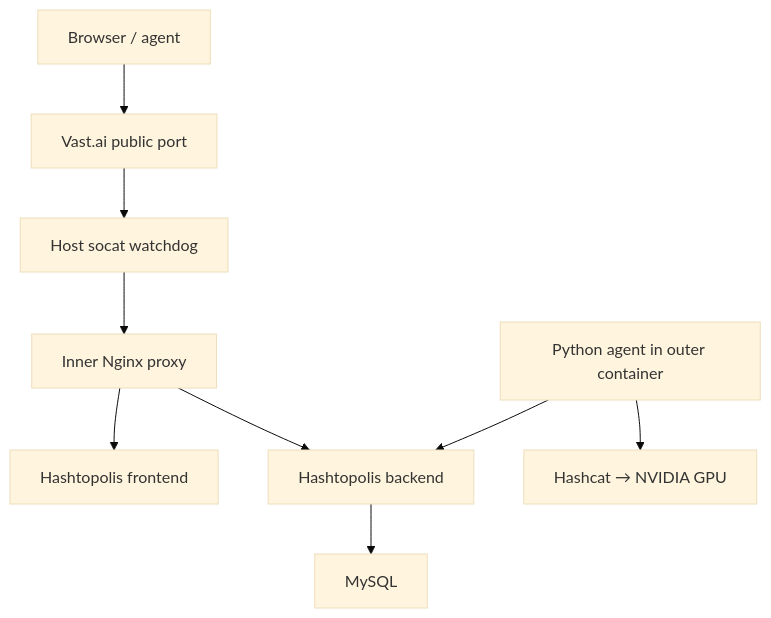
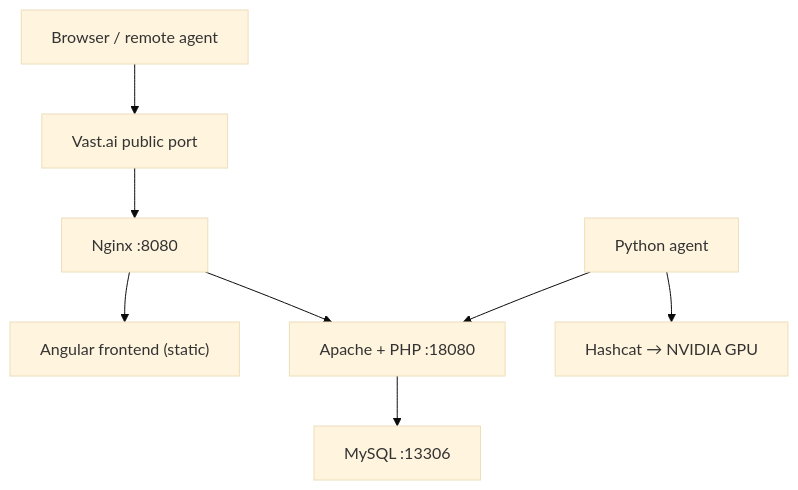
The diagram in TestHash/README.md (kuronoFS/KiQuai), drawn with Mermaid (base theme) before and after one commit. The commit also changed other lines of this file, not shown here.

First line of the commit message:
Revise README for Hashtopolis deployment instructions

````diff
--- a/TestHash/README.md
+++ b/TestHash/README.md
@@ -29,11 +11,10 @@
 ```mermaid
-flowchart TB
-    User["Browser / agent"] --> Vast["Vast.ai public port"]
-    Vast --> Socat["Host socat watchdog"]
-    Socat --> Proxy["Inner Nginx proxy"]
-    Proxy --> Frontend["Hashtopolis frontend"]
-    Proxy --> Backend["Hashtopolis backend"]
-    Backend --> DB["MySQL"]
-    Agent["Python agent in outer container"] --> Backend
-    Agent --> Hashcat["Hashcat → NVIDIA GPU"]
+flowchart TD
+    User["Browser / remote agent"] --> Vast["Vast.ai public port"]
+    Vast --> Nginx["Nginx :8080"]
+    Nginx --> Frontend["Angular frontend (static)"]
+    Nginx --> Backend["Apache + PHP :18080"]
+    Backend --> DB["MySQL :13306"]
+    LocalAgent["Python agent"] --> Backend
+    LocalAgent --> Hashcat["Hashcat → NVIDIA GPU"]
 ```
````
